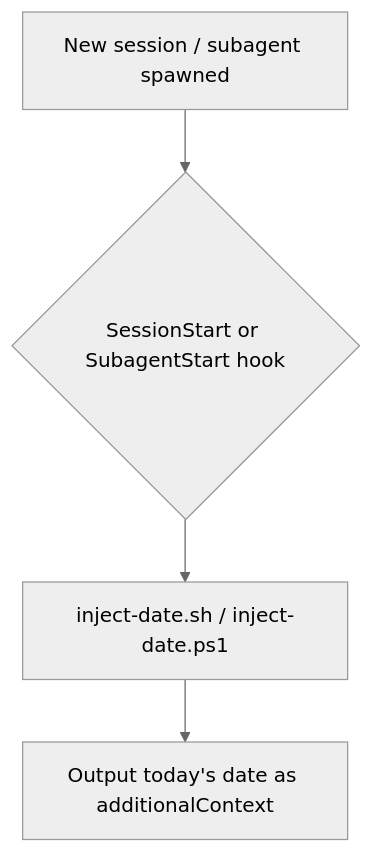
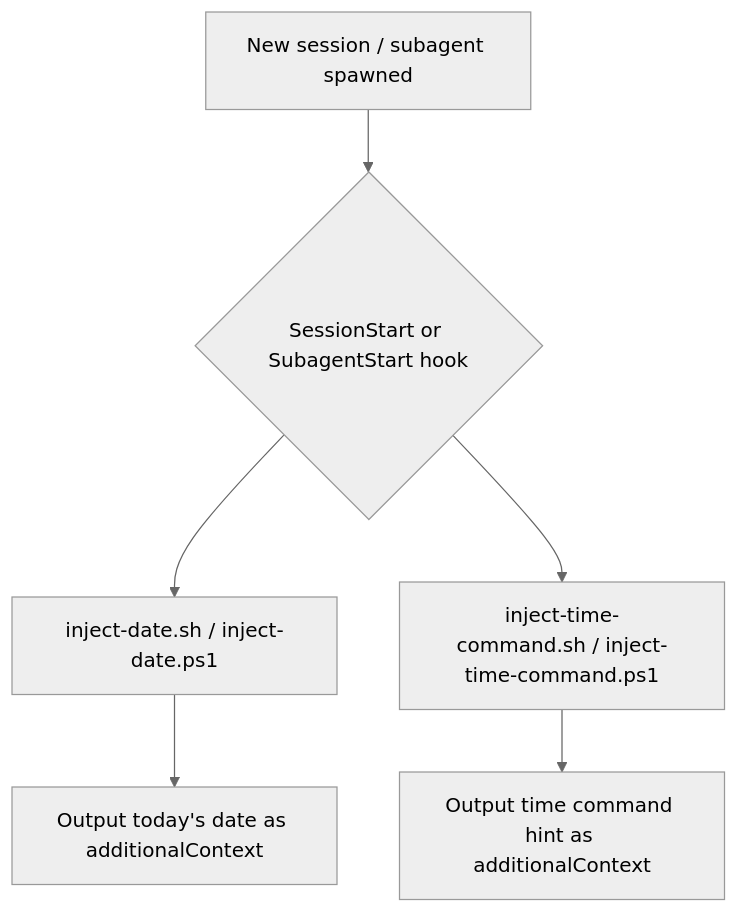
The diagram in plugins/current-date-injector/README.md (dimpletz/prompts-collection), drawn with Mermaid (neutral theme) before and after one commit. The commit also changed other lines of this file and 37 other files, not shown here.

````diff
--- a/plugins/current-date-injector/README.md
+++ b/plugins/current-date-injector/README.md
@@ -21,6 +24,8 @@
 ```mermaid
 graph TD
     A[New session / subagent spawned] --> B{SessionStart or SubagentStart hook}
     B --> C[inject-date.sh / inject-date.ps1]
-    C --> D[Output today's date as additionalContext]
+    B --> D[inject-time-command.sh / inject-time-command.ps1]
+    C --> E[Output today's date as additionalContext]
+    D --> F[Output time command hint as additionalContext]
 ```
````
